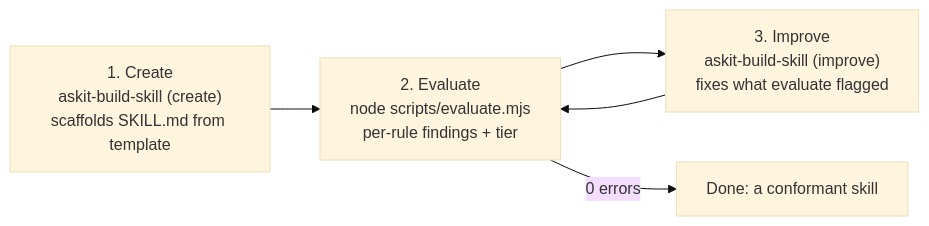
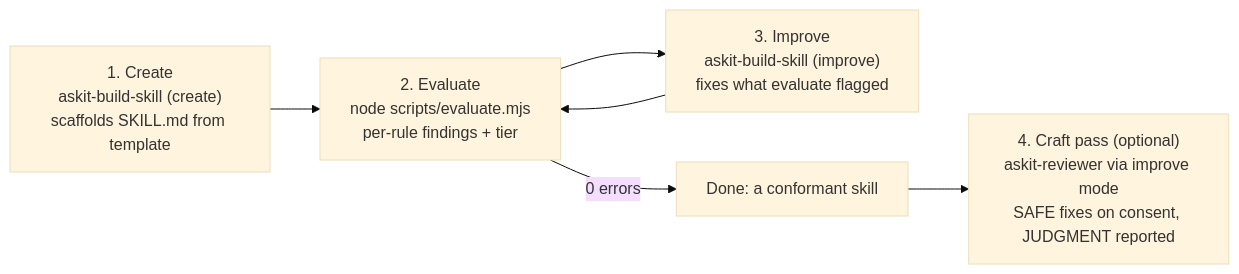
One commit to product-on-purpose/agent-skills-toolkit changed the diagram in docs/how-to/build-and-evaluate-a-skill.md. Above: the diagram before and after it, drawn with Mermaid (base theme). The commit also changed other lines of this file and 17 other files, not shown here.

First line of the commit message:
feat(build-skill): SP1 - the builder craft pass (ADR 0037) (#157)

````diff
--- a/docs/how-to/build-and-evaluate-a-skill.md
+++ b/docs/how-to/build-and-evaluate-a-skill.md
@@ -12,7 +13,8 @@
 ```mermaid
 flowchart LR
   C["1. Create<br/>askit-build-skill (create)<br/>scaffolds SKILL.md from template"] --> E["2. Evaluate<br/>node scripts/evaluate.mjs<br/>per-rule findings + tier"]
   E --> I["3. Improve<br/>askit-build-skill (improve)<br/>fixes what evaluate flagged"]
   I --> E
   E -->|0 errors| D["Done: a conformant skill"]
+  D --> P["4. Craft pass (optional)<br/>askit-reviewer via improve mode<br/>SAFE fixes on consent, JUDGMENT reported"]
 ```
````
